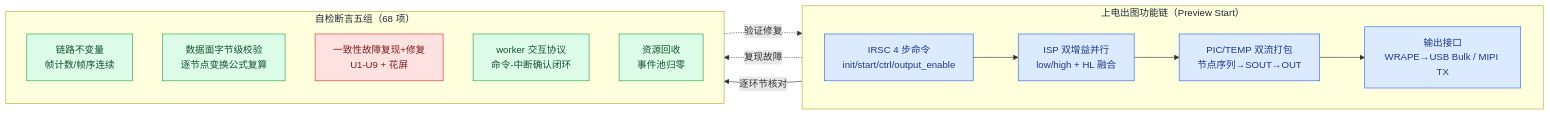
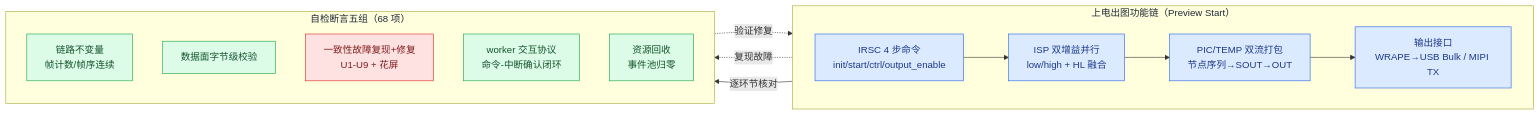
Before and after one commit to DeguiLiu/coact: the diagram in docs/example_ISP_pipeline_functional_test_report_zh.md, drawn with Mermaid. The commit also changed other lines of this file, not shown here.

````diff
--- a/docs/example_ISP_pipeline_functional_test_report_zh.md
+++ b/docs/example_ISP_pipeline_functional_test_report_zh.md
@@ -11,25 +9,25 @@
 ```mermaid
 flowchart LR
     subgraph BOOT["上电出图功能链（Preview Start）"]
         direction LR
         A1["IRSC 4 步命令<br/>init/start/ctrl/output_enable"]:::f1 --> A2["ISP 双增益并行<br/>low/high + HL 融合"]:::f1
         A2 --> A3["PIC/TEMP 双流打包<br/>节点序列→SOUT→OUT"]:::f1
         A3 --> A4["输出接口<br/>WRAPE→USB Bulk / MIPI TX"]:::f1
     end
     subgraph ASSERT["自检断言五组（68 项）"]
         direction TB
         B1["链路不变量<br/>帧计数/帧序连续"]:::f2
-        B2["数据面字节级校验<br/>逐节点变换公式复算"]:::f2
+        B2["数据面字节级校验"]:::f2
         B3["一致性故障复现+修复<br/>U1-U9 + 花屏"]:::f3
         B4["worker 交互协议<br/>命令-中断确认闭环"]:::f2
         B5["资源回收<br/>事件池归零"]:::f2
     end
     BOOT -->|"逐环节核对"| ASSERT
     A3 -.->|"复现故障"| B3
     B3 -.->|"验证修复"| A3
     classDef f1 fill:#dbeafe,stroke:#2563eb,color:#1e3a8a
     classDef f2 fill:#dcfce7,stroke:#16a34a,color:#14532d
     classDef f3 fill:#fee2e2,stroke:#dc2626,color:#7f1d1d
     style BOOT color:#1f2937
     style ASSERT color:#1f2937
 ```
````
